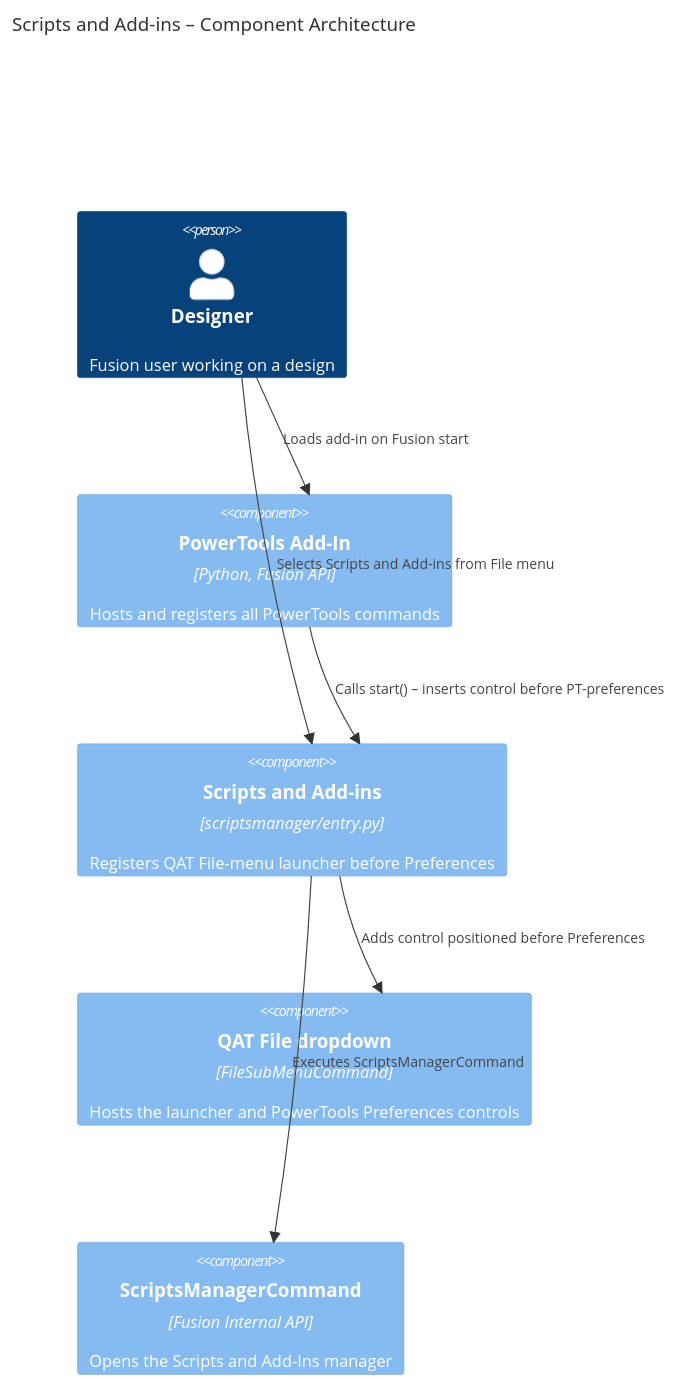
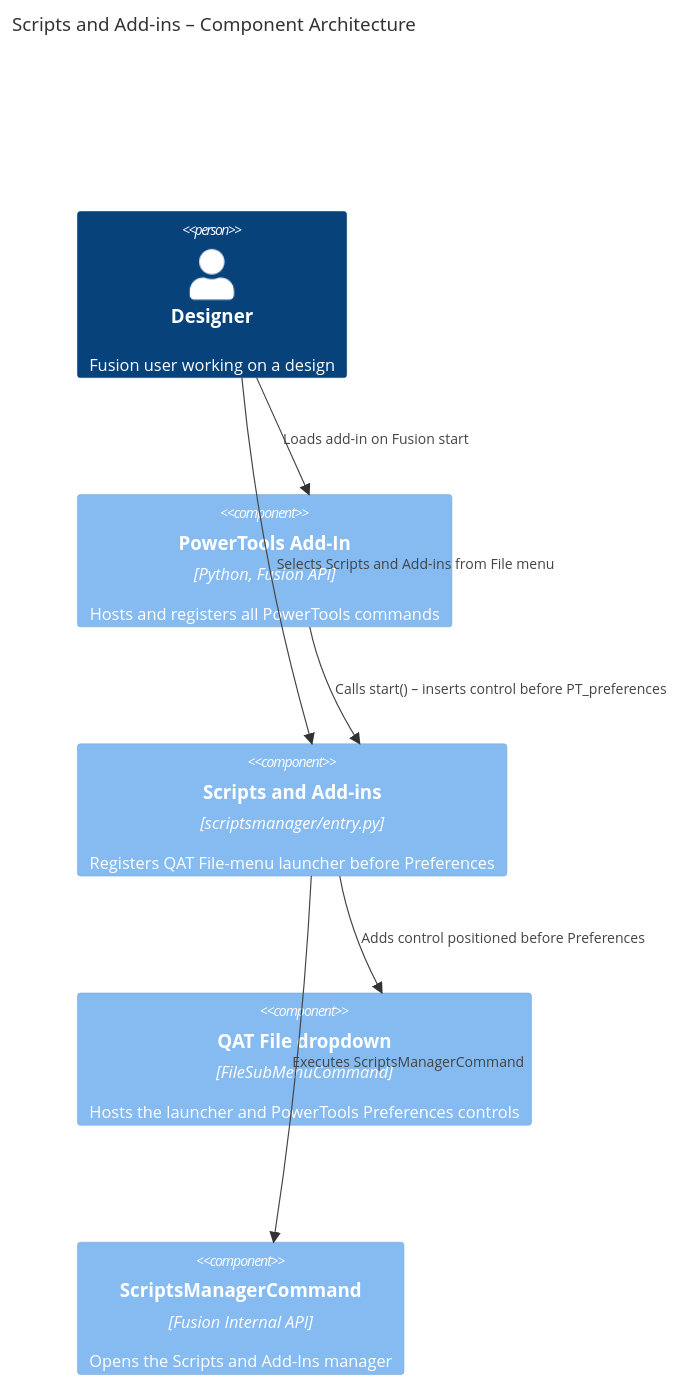
The diagram in docs/arch/Scripts and Add-ins.md (schneik80/PowerTools), drawn with Mermaid before and after one commit. The commit also changed other lines of this file and 50 other files, not shown here.

````diff
--- a/docs/arch/Scripts and Add-ins.md
+++ b/docs/arch/Scripts and Add-ins.md
@@ -38,16 +38,16 @@
 ```mermaid
 C4Component
     title Scripts and Add-ins – Component Architecture
 
     Person(user, "Designer", "Fusion user working on a design")
     Component(addin, "PowerTools Add-In", "Python, Fusion API", "Hosts and registers all PowerTools commands")
     Component(cmd, "Scripts and Add-ins", "scriptsmanager/entry.py", "Registers QAT File-menu launcher before Preferences")
     Component(qat, "QAT File dropdown", "FileSubMenuCommand", "Hosts the launcher and PowerTools Preferences controls")
     Component(target, "ScriptsManagerCommand", "Fusion Internal API", "Opens the Scripts and Add-Ins manager")
 
     Rel(user, addin, "Loads add-in on Fusion start")
-    Rel(addin, cmd, "Calls start() – inserts control before PT-preferences")
+    Rel(addin, cmd, "Calls start() – inserts control before PT_preferences")
     Rel(cmd, qat, "Adds control positioned before Preferences")
     Rel(user, cmd, "Selects Scripts and Add-ins from File menu")
     Rel(cmd, target, "Executes ScriptsManagerCommand")
 ```
````
